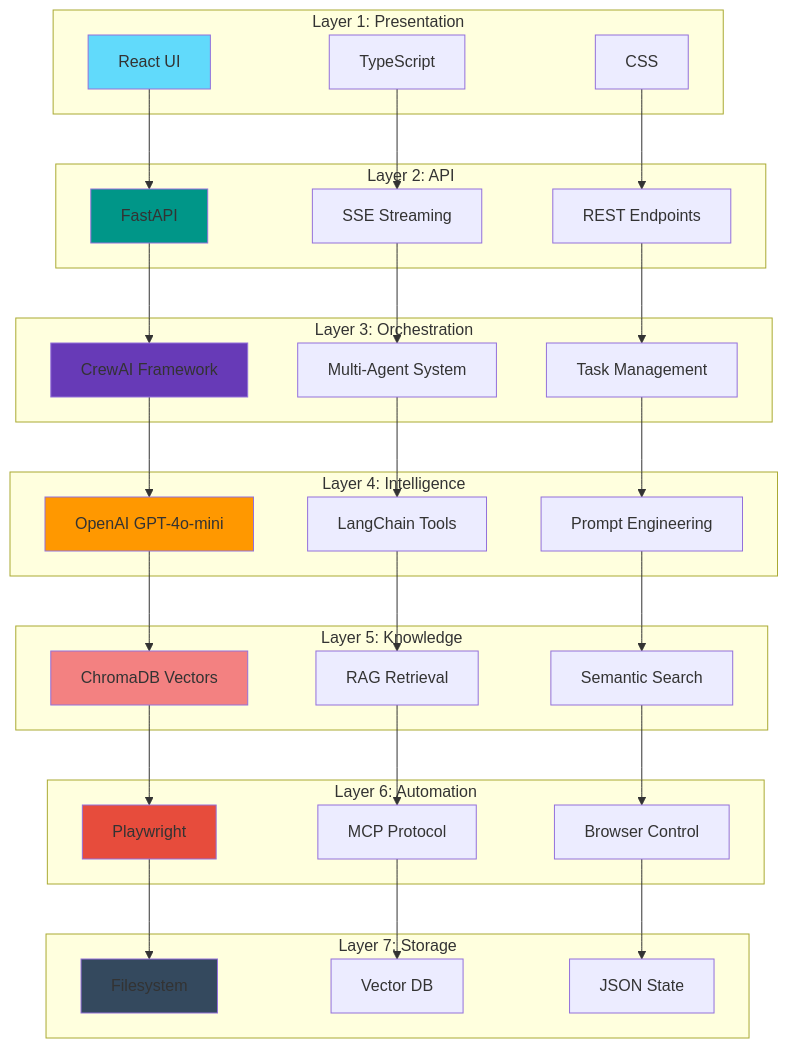
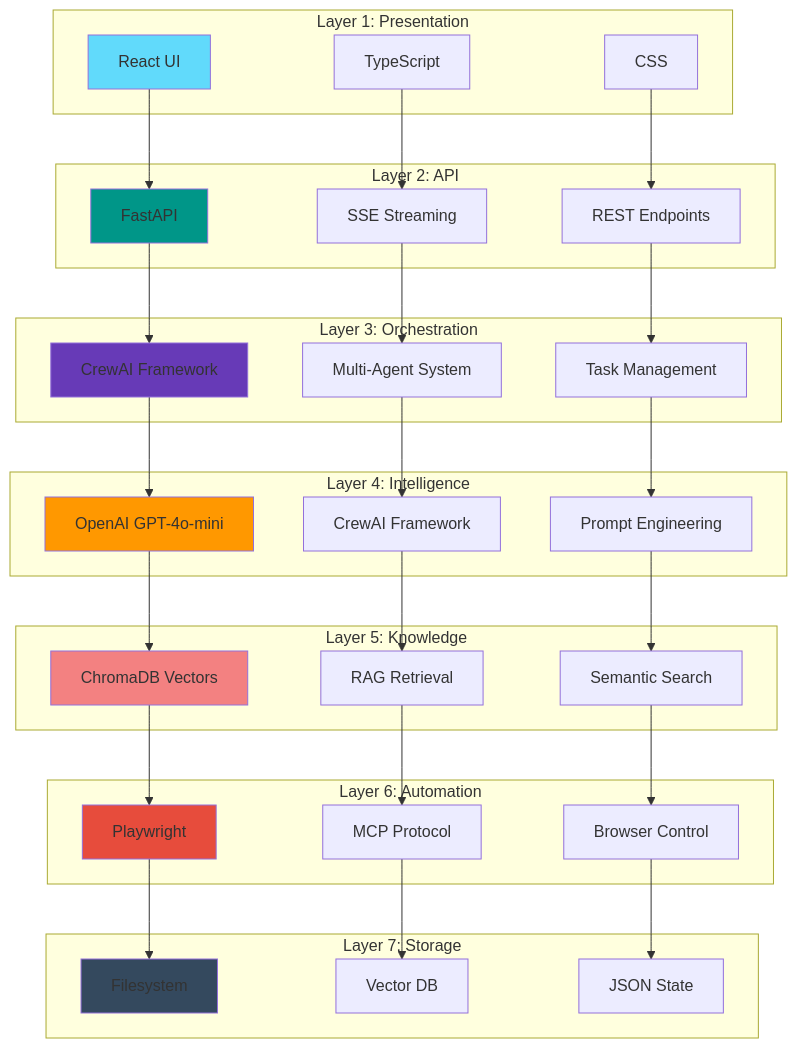
Before and after one commit to Maymach09/playwright-crewai-agents: the second of 2 diagrams in docs/TECH_STACK_VISUAL.md, drawn with Mermaid. The commit also changed other lines of this file and 2 other files, not shown here.

````diff
--- a/docs/TECH_STACK_VISUAL.md
+++ b/docs/TECH_STACK_VISUAL.md
@@ -114,76 +49,76 @@
 ```mermaid
 graph TB
     subgraph "Layer 1: Presentation"
         L1A[React UI]
         L1B[TypeScript]
         L1C[CSS]
     end
 
     subgraph "Layer 2: API"
         L2A[FastAPI]
         L2B[SSE Streaming]
         L2C[REST Endpoints]
     end
 
     subgraph "Layer 3: Orchestration"
         L3A[CrewAI Framework]
         L3B[Multi-Agent System]
         L3C[Task Management]
     end
 
     subgraph "Layer 4: Intelligence"
         L4A[OpenAI GPT-4o-mini]
-        L4B[LangChain Tools]
+        L4B[CrewAI Framework]
         L4C[Prompt Engineering]
     end
 
     subgraph "Layer 5: Knowledge"
         L5A[ChromaDB Vectors]
         L5B[RAG Retrieval]
         L5C[Semantic Search]
     end
 
     subgraph "Layer 6: Automation"
         L6A[Playwright]
         L6B[MCP Protocol]
         L6C[Browser Control]
     end
 
     subgraph "Layer 7: Storage"
         L7A[Filesystem]
         L7B[Vector DB]
         L7C[JSON State]
     end
 
     L1A --> L2A
     L1B --> L2B
     L1C --> L2C
     
     L2A --> L3A
     L2B --> L3B
     L2C --> L3C
     
     L3A --> L4A
     L3B --> L4B
     L3C --> L4C
     
     L4A --> L5A
     L4B --> L5B
     L4C --> L5C
     
     L5A --> L6A
     L5B --> L6B
     L5C --> L6C
     
     L6A --> L7A
     L6B --> L7B
     L6C --> L7C
 
     style L1A fill:#61dafb
     style L2A fill:#009688
     style L3A fill:#673ab7
     style L4A fill:#ff9800
     style L5A fill:#f38181
     style L6A fill:#e74c3c
     style L7A fill:#34495e
 ```
````
